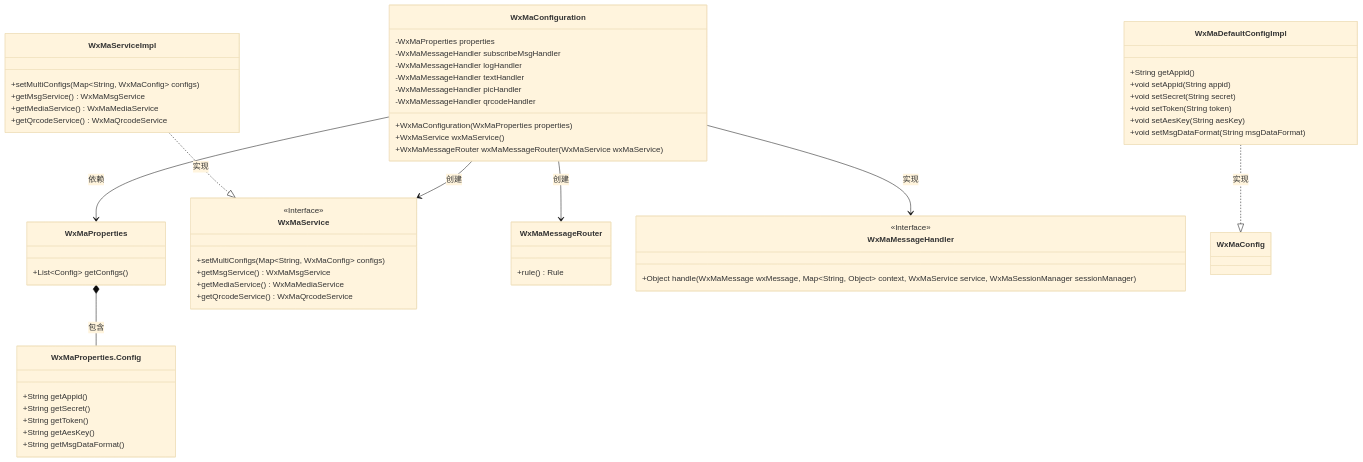
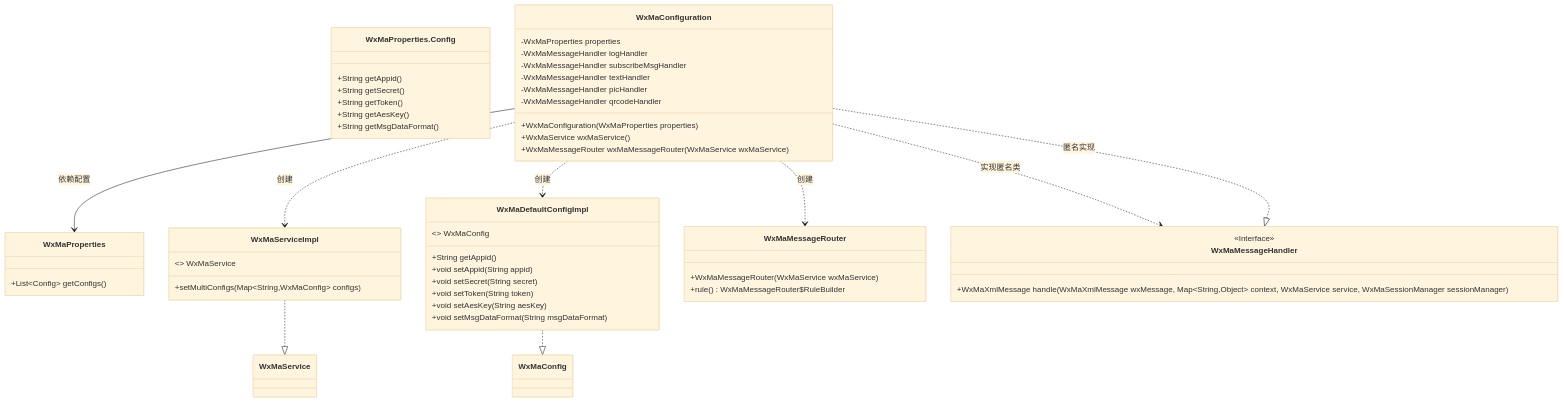
The first of 3 diagrams in docs/zh/docs/src/main/java/com/github/binarywang/demo/wx/miniapp/config/WxMaConfiguration.md (v-wjrong/imrrong_weixin-java-miniapp-demo), drawn with Mermaid (base theme) before and after one commit. The commit also changed other lines of this file and 51 other files, not shown here.

````diff
--- a/docs/zh/docs/src/main/java/com/github/binarywang/demo/wx/miniapp/config/WxMaConfiguration.md
+++ b/docs/zh/docs/src/main/java/com/github/binarywang/demo/wx/miniapp/config/WxMaConfiguration.md
@@ -36,67 +36,60 @@
 ```mermaid
 classDiagram
+    class WxMaProperties {
+        +List~Config~ getConfigs()
+    }
+    
+    class WxMaProperties.Config {
+        +String getAppid()
+        +String getSecret()
+        +String getToken()
+        +String getAesKey()
+        +String getMsgDataFormat()
+    }
+    
     class WxMaConfiguration {
         -WxMaProperties properties
+        -WxMaMessageHandler logHandler
         -WxMaMessageHandler subscribeMsgHandler
-        -WxMaMessageHandler logHandler
         -WxMaMessageHandler textHandler
         -WxMaMessageHandler picHandler
         -WxMaMessageHandler qrcodeHandler
         +WxMaConfiguration(WxMaProperties properties)
         +WxMaService wxMaService()
         +WxMaMessageRouter wxMaMessageRouter(WxMaService wxMaService)
     }
-
-    class WxMaProperties {
-        +List~Config~ getConfigs()
+    
+    class WxMaServiceImpl {
+        <<Interface>> WxMaService
+        +setMultiConfigs(Map~String,WxMaConfig~ configs)
     }
-
-    class WxMaProperties.Config {
-        +String getAppid()
-        +String getSecret()
-        +String getToken()
-        +String getAesKey()
-        +String getMsgDataFormat()
-    }
-
-    class WxMaService {
-        <<Interface>>
-        +setMultiConfigs(Map~String, WxMaConfig~ configs)
-        +getMsgService() WxMaMsgService
-        +getMediaService() WxMaMediaService
-        +getQrcodeService() WxMaQrcodeService
-    }
-
-    class WxMaServiceImpl {
-        +setMultiConfigs(Map~String, WxMaConfig~ configs)
-        +getMsgService() WxMaMsgService
-        +getMediaService() WxMaMediaService
-        +getQrcodeService() WxMaQrcodeService
-    }
-
+    
     class WxMaDefaultConfigImpl {
+        <<Interface>> WxMaConfig
         +String getAppid()
         +void setAppid(String appid)
         +void setSecret(String secret)
         +void setToken(String token)
         +void setAesKey(String aesKey)
         +void setMsgDataFormat(String msgDataFormat)
     }
-
+    
     class WxMaMessageRouter {
-        +rule() Rule
+        +WxMaMessageRouter(WxMaService wxMaService)
+        +rule() WxMaMessageRouter$RuleBuilder
     }
-
+    
     class WxMaMessageHandler {
         <<Interface>>
-        +Object handle(WxMaMessage wxMessage, Map~String, Object~ context, WxMaService service, WxMaSessionManager sessionManager)
+        +WxMaXmlMessage handle(WxMaXmlMessage wxMessage, Map~String,Object~ context, WxMaService service, WxMaSessionManager sessionManager)
     }
-
-    WxMaConfiguration --> WxMaProperties : 依赖
-    WxMaConfiguration --> WxMaService : 创建
-    WxMaConfiguration --> WxMaMessageRouter : 创建
-    WxMaConfiguration --> WxMaMessageHandler : 实现
-    WxMaServiceImpl ..|> WxMaService : 实现
-    WxMaDefaultConfigImpl ..|> WxMaConfig : 实现
-    WxMaProperties *-- WxMaProperties.Config : 包含
+    
+    WxMaConfiguration --> WxMaProperties : 依赖配置
+    WxMaConfiguration ..> WxMaServiceImpl : 创建
+    WxMaConfiguration ..> WxMaDefaultConfigImpl : 创建
+    WxMaConfiguration ..> WxMaMessageRouter : 创建
+    WxMaConfiguration ..> WxMaMessageHandler : 实现匿名类
+    WxMaServiceImpl ..|> WxMaService
+    WxMaDefaultConfigImpl ..|> WxMaConfig
+    WxMaMessageHandler <|.. WxMaConfiguration : 匿名实现
 ```
````
